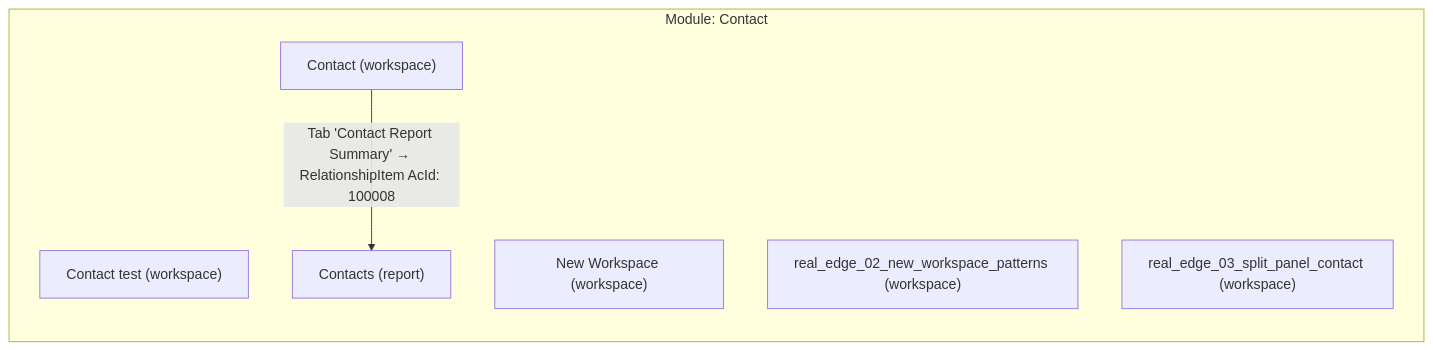
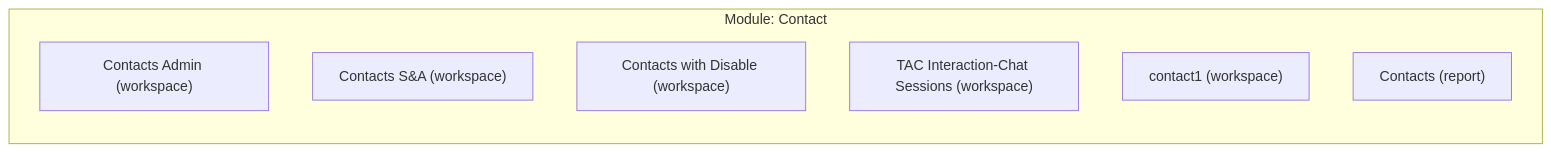
Before and after one commit to SujalMatolia0/Config_Migration: the first of 4 diagrams in results/COMPLETE_SYSTEM_MAPPING.md, drawn with Mermaid. The commit also changed other lines of this file and 47 other files, not shown here.

Commit message:
feat: add excel workspace generator and update contact business rule mappings and metrics

````diff
--- a/results/COMPLETE_SYSTEM_MAPPING.md
+++ b/results/COMPLETE_SYSTEM_MAPPING.md
@@ -38,12 +272,11 @@
 ```mermaid
 flowchart LR
   subgraph MOD_Contact ["Module: Contact"]
-    N_workspace_contact_test["Contact test (workspace)"]
-    N_workspace_contact["Contact (workspace)"]
-    N_workspace_new_workspace["New Workspace (workspace)"]
-    N_workspace_real_edge_02_new_workspace_patterns["real_edge_02_new_workspace_patterns (workspace)"]
-    N_workspace_real_edge_03_split_panel_contact["real_edge_03_split_panel_contact (workspace)"]
+    N_workspace_contacts_admin["Contacts Admin (workspace)"]
+    N_workspace_contacts_s_a["Contacts S&A (workspace)"]
+    N_workspace_contacts_with_disable["Contacts with Disable (workspace)"]
+    N_workspace_tac_interaction_chat_sessions["TAC Interaction-Chat Sessions (workspace)"]
+    N_workspace_contact1["contact1 (workspace)"]
     N_report_contacts["Contacts (report)"]
-    N_workspace_contact -->|"Tab 'Contact Report Summary' → RelationshipItem AcId: 100008"| N_report_contacts
   end
 ```
````
